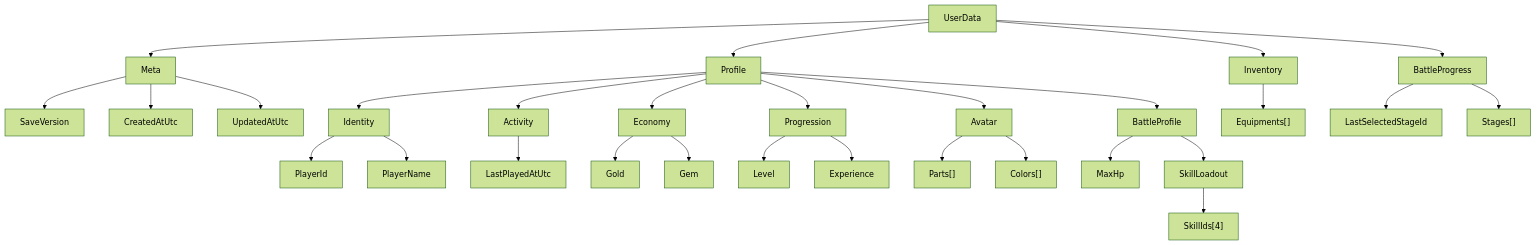
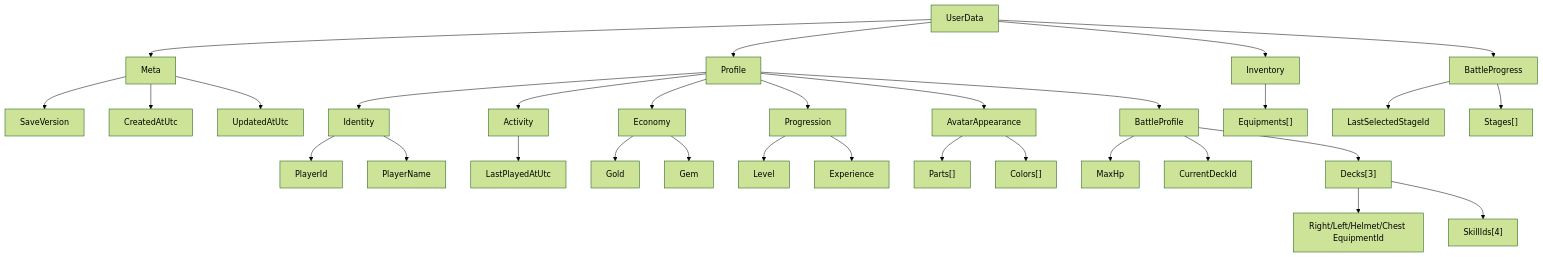
One commit to cosugi89/Original changed the diagram in docs/specs/ユーザーデータ構造.md. Above: the diagram before and after it, drawn with Mermaid (forest theme). The commit also changed other lines of this file and 17 other files, not shown here.

Commit message:
feat: add persistent battle decks

````diff
--- a/docs/specs/ユーザーデータ構造.md
+++ b/docs/specs/ユーザーデータ構造.md
@@ -7,48 +7,50 @@
 ```mermaid
 flowchart TD
     UserData["UserData"]
     Meta["Meta"]
     Profile["Profile"]
     Inventory["Inventory"]
     BattleProgress["BattleProgress"]
 
     UserData --> Meta
     UserData --> Profile
     UserData --> Inventory
     UserData --> BattleProgress
 
     Meta --> SaveVersion["SaveVersion"]
     Meta --> CreatedAtUtc["CreatedAtUtc"]
     Meta --> UpdatedAtUtc["UpdatedAtUtc"]
 
     Profile --> Identity["Identity"]
     Profile --> Activity["Activity"]
     Profile --> Economy["Economy"]
     Profile --> Progression["Progression"]
     Profile --> Avatar["Avatar"]
     Profile --> BattleProfile["BattleProfile"]
 
     Identity --> PlayerId["PlayerId"]
     Identity --> PlayerName["PlayerName"]
 
     Activity --> LastPlayedAtUtc["LastPlayedAtUtc"]
 
     Economy --> Gold["Gold"]
     Economy --> Gem["Gem"]
 
     Progression --> Level["Level"]
     Progression --> Experience["Experience"]
 
-    Avatar --> Parts["Parts[]"]
+    Avatar["AvatarAppearance"] --> Parts["Parts[]"]
     Avatar --> Colors["Colors[]"]
 
     BattleProfile --> MaxHp["MaxHp"]
-    BattleProfile --> SkillLoadout["SkillLoadout"]
+    BattleProfile --> CurrentDeckId["CurrentDeckId"]
+    BattleProfile --> Decks["Decks[3]"]
 
-    SkillLoadout --> SkillIds["SkillIds[4]"]
+    Decks --> EquipmentIds["Right/Left/Helmet/Chest EquipmentId"]
+    Decks --> SkillIds["SkillIds[4]"]
 
     Inventory --> Equipments["Equipments[]"]
 
     BattleProgress --> LastSelectedStageId["LastSelectedStageId"]
     BattleProgress --> Stages["Stages[]"]
 ```
````
